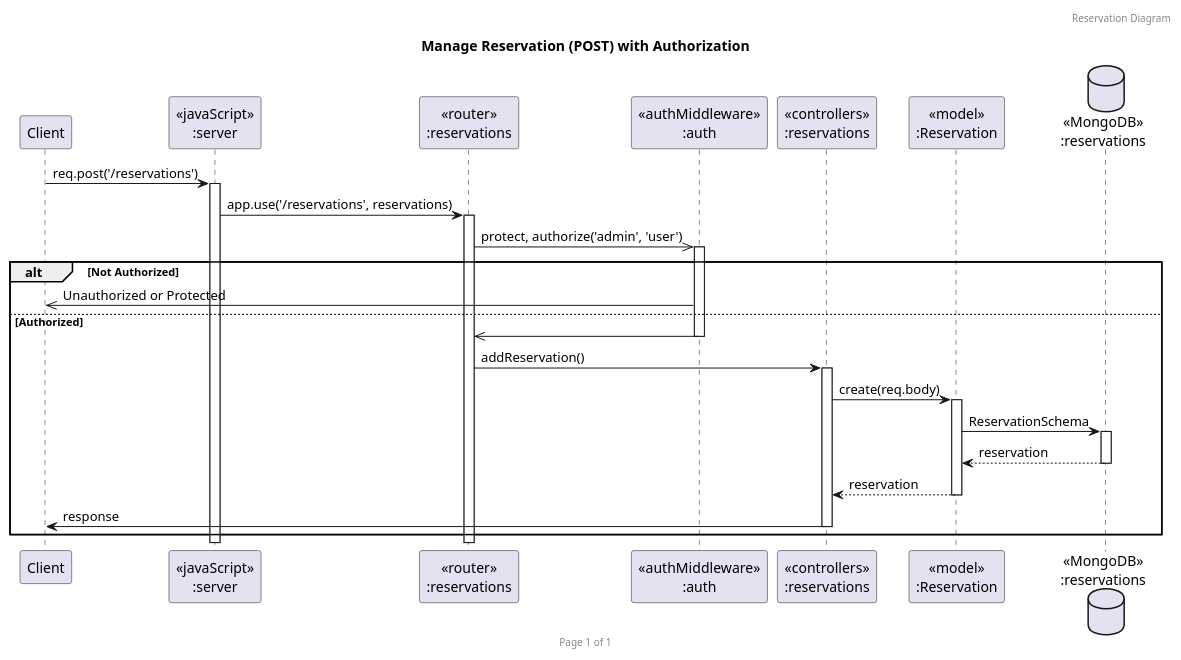
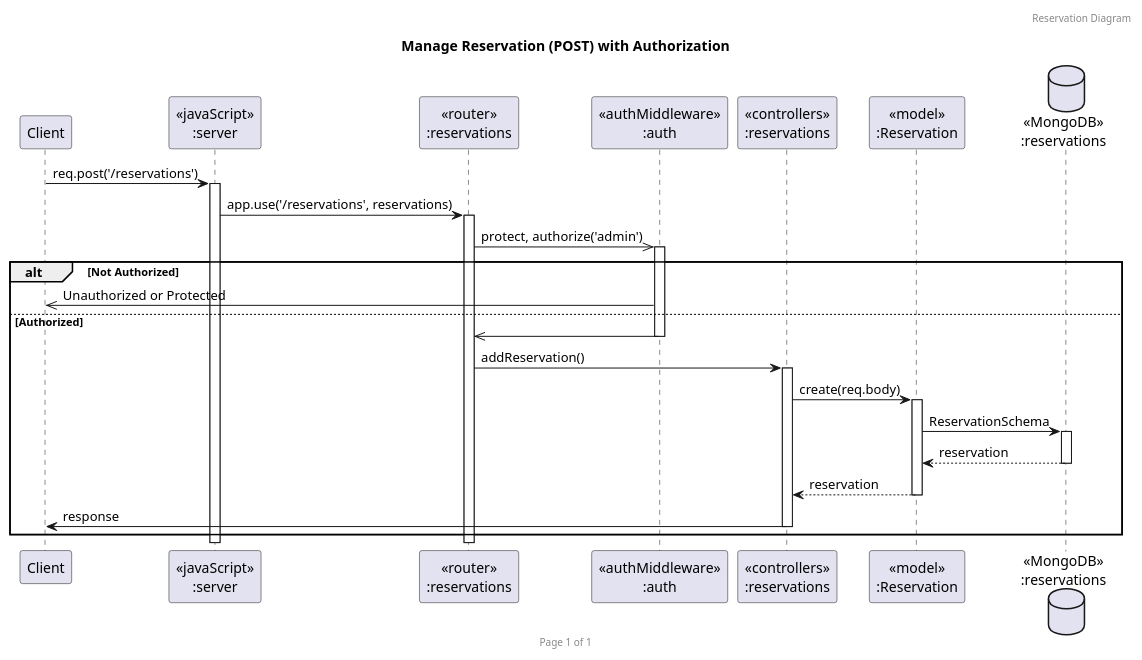
One commit to punchanabu/redrice-backend-express changed the diagram in uml/reservation/reservation(post).puml. Above: the diagram before and after it, drawn with PlantUML. The commit also changed 2 other files, not shown here.

Commit message:
fix auth user uml

```diff
--- a/uml/reservation/reservation(post).puml
+++ b/uml/reservation/reservation(post).puml
@@ -1,32 +1,32 @@
 @startuml
 header Reservation Diagram
 footer Page %page% of %lastpage%
 title "Manage Reservation (POST) with Authorization"
 
 participant "Client" as client
 participant "<<javaScript>>\n:server" as server
 participant "<<router>>\n:reservations" as routerReservations
 participant "<<authMiddleware>>\n:auth" as authMiddleware
 participant "<<controllers>>\n:reservations" as controllersReservations
 participant "<<model>>\n:Reservation" as modelReservation
 database "<<MongoDB>>\n:reservations" as ReservationsDatabase
 
 client->server ++:req.post('/reservations')
 server->routerReservations ++:app.use('/reservations', reservations)
-routerReservations->>authMiddleware ++:protect, authorize('admin', 'user')
+routerReservations->>authMiddleware ++:protect, authorize('admin')
 
 alt Not Authorized
     authMiddleware->>client :Unauthorized or Protected
 else Authorized
     authMiddleware->>routerReservations -- :
     routerReservations->controllersReservations ++:addReservation()
     controllersReservations->modelReservation ++:create(req.body)
     modelReservation ->ReservationsDatabase ++: ReservationSchema
     ReservationsDatabase --> modelReservation --: reservation
     controllersReservations <-- modelReservation --: reservation
     controllersReservations->client --:response
 end
 
 
 
 @enduml
```
